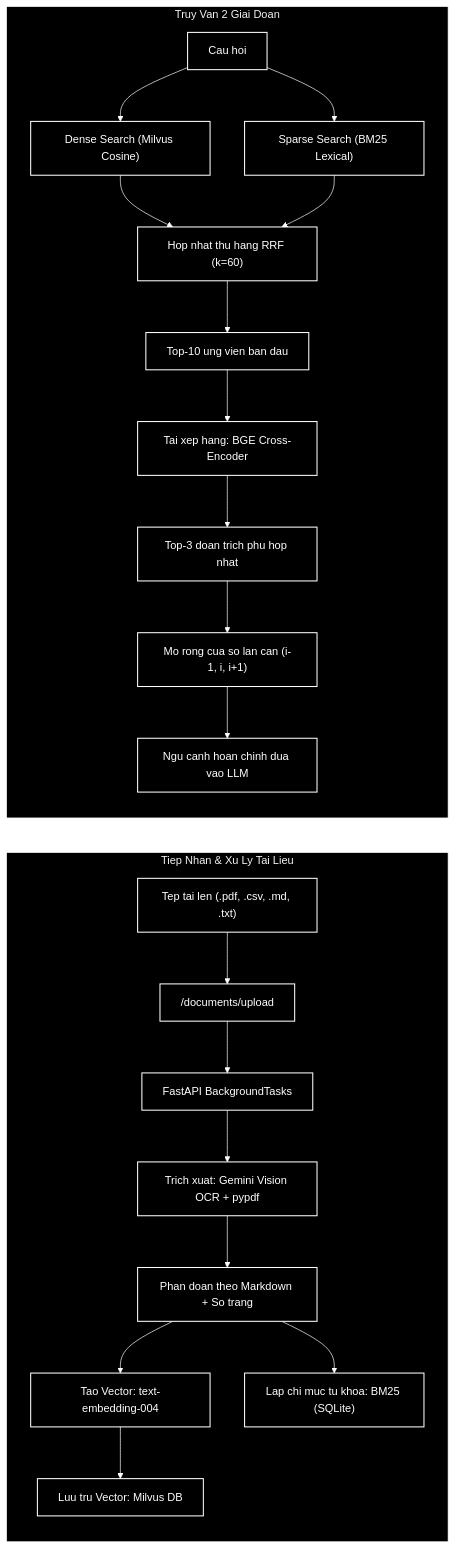
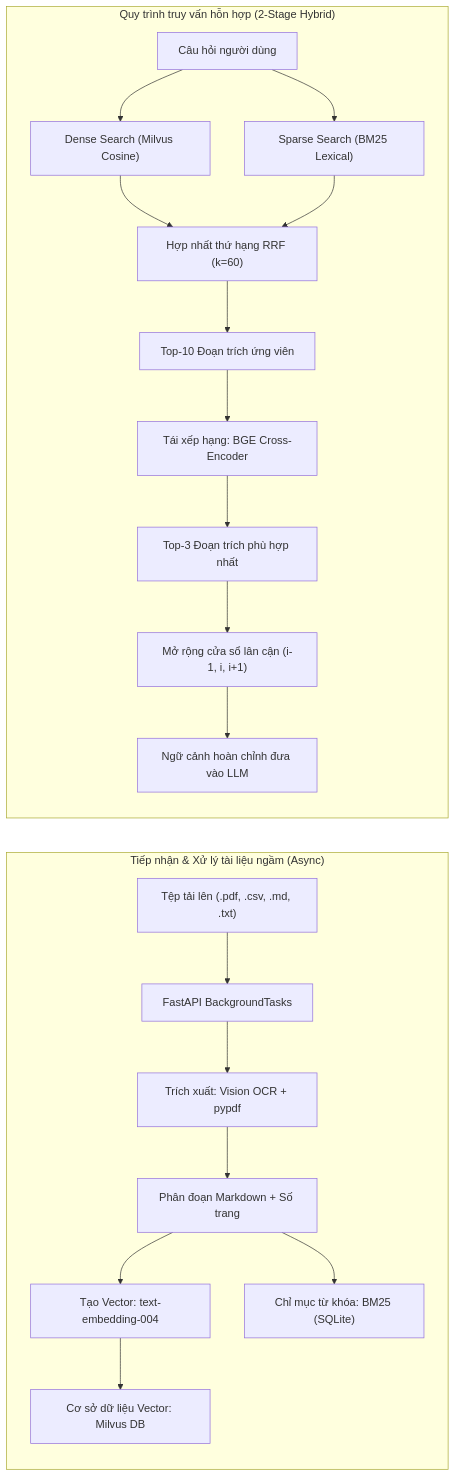
One commit to NguyenVietNguyen2612/ai_documents_assistant changed the second of 2 diagrams in README.md. Above: the diagram before and after it, drawn with Mermaid. The commit also changed other lines of this file, not shown here.

Commit message:
docs: standardize diagrams with ASCII agent architecture and standard GitHub Mermaid for System and Ingestion flows

````diff
--- a/README.md
+++ b/README.md
@@ -234,40 +214,23 @@
 ```mermaid
-%%{init: {
-  'theme': 'base',
-  'themeVariables': {
-    'background': '#000000',
-    'primaryColor': '#000000',
-    'primaryTextColor': '#ffffff',
-    'primaryBorderColor': '#ffffff',
-    'lineColor': '#ffffff',
-    'textColor': '#ffffff',
-    'edgeLabelBackground': '#000000',
-    'clusterBkg': '#000000',
-    'clusterBorder': '#ffffff'
-  }
-}}%%
 flowchart LR
-    subgraph Ingestion ["Tiep Nhan & Xu Ly Tai Lieu"]
-        File["Tep tai len (.pdf, .csv, .md, .txt)"] --> DocRoute["/documents/upload"]
-        DocRoute --> BG["FastAPI BackgroundTasks"]
-        BG --> Extract["Trich xuat: Gemini Vision OCR + pypdf"]
-        Extract --> Chunking["Phan doan theo Markdown + So trang"]
-        Chunking --> Embed["Tao Vector: text-embedding-004"]
-        Chunking --> BM25_Idx["Lap chi muc tu khoa: BM25 (SQLite)"]
-        Embed --> Milvus_Idx["Luu tru Vector: Milvus DB"]
+    subgraph Ingestion ["Tiếp nhận & Xử lý tài liệu ngầm (Async)"]
+        File["Tệp tải lên (.pdf, .csv, .md, .txt)"] --> DocRoute["FastAPI BackgroundTasks"]
+        DocRoute --> Extract["Trích xuất: Vision OCR + pypdf"]
+        Extract --> Chunking["Phân đoạn Markdown + Số trang"]
+        Chunking --> Embed["Tạo Vector: text-embedding-004"]
+        Chunking --> BM25_Idx["Chỉ mục từ khóa: BM25 (SQLite)"]
+        Embed --> Milvus_Idx["Cơ sở dữ liệu Vector: Milvus DB"]
     end
 
-    subgraph Retrieval ["Truy Van 2 Giai Doan"]
-        Query["Cau hoi"] --> Dense["Dense Search (Milvus Cosine)"]
+    subgraph Retrieval ["Quy trình truy vấn hỗn hợp (2-Stage Hybrid)"]
+        Query["Câu hỏi người dùng"] --> Dense["Dense Search (Milvus Cosine)"]
         Query --> Sparse["Sparse Search (BM25 Lexical)"]
-        Dense --> RRF["Hop nhat thu hang RRF (k=60)"]
+        Dense --> RRF["Hợp nhất thứ hạng RRF (k=60)"]
         Sparse --> RRF
-        RRF --> Candidates["Top-10 ung vien ban dau"]
-        Candidates --> Rerank["Tai xep hang: BGE Cross-Encoder"]
-        Rerank --> TopK["Top-3 doan trich phu hop nhat"]
-        TopK --> WinExp["Mo rong cua so lan can (i-1, i, i+1)"]
-        WinExp --> FinalContext["Ngu canh hoan chinh dua vao LLM"]
+        RRF --> Candidates["Top-10 Đoạn trích ứng viên"]
+        Candidates --> Rerank["Tái xếp hạng: BGE Cross-Encoder"]
+        Rerank --> TopK["Top-3 Đoạn trích phù hợp nhất"]
+        TopK --> WinExp["Mở rộng cửa sổ lân cận (i-1, i, i+1)"]
+        WinExp --> FinalContext["Ngữ cảnh hoàn chỉnh đưa vào LLM"]
     end
-
-    classDef default fill:#000000,stroke:#ffffff,stroke-width:1.5px,color:#ffffff;
 ```
````
